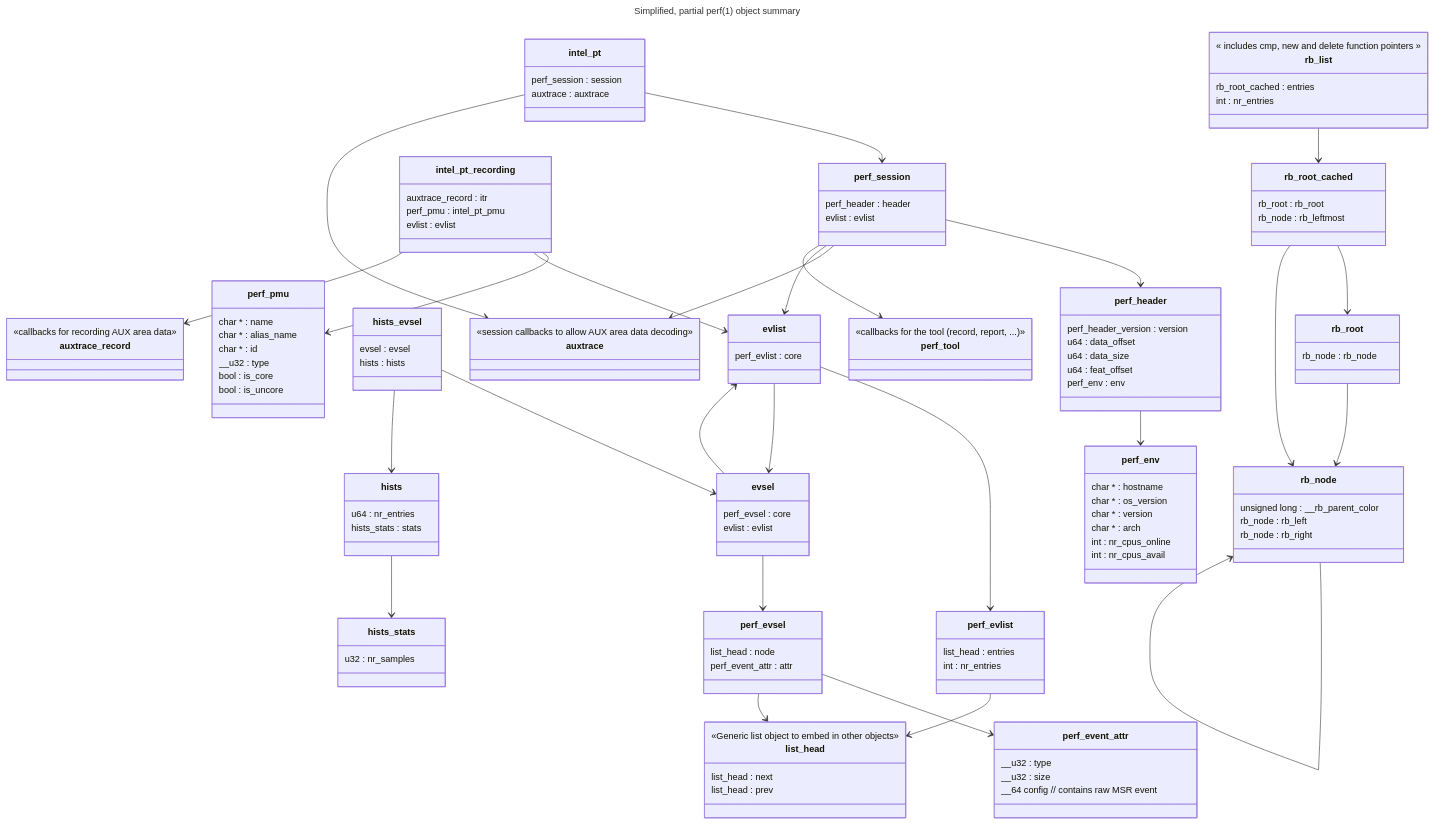
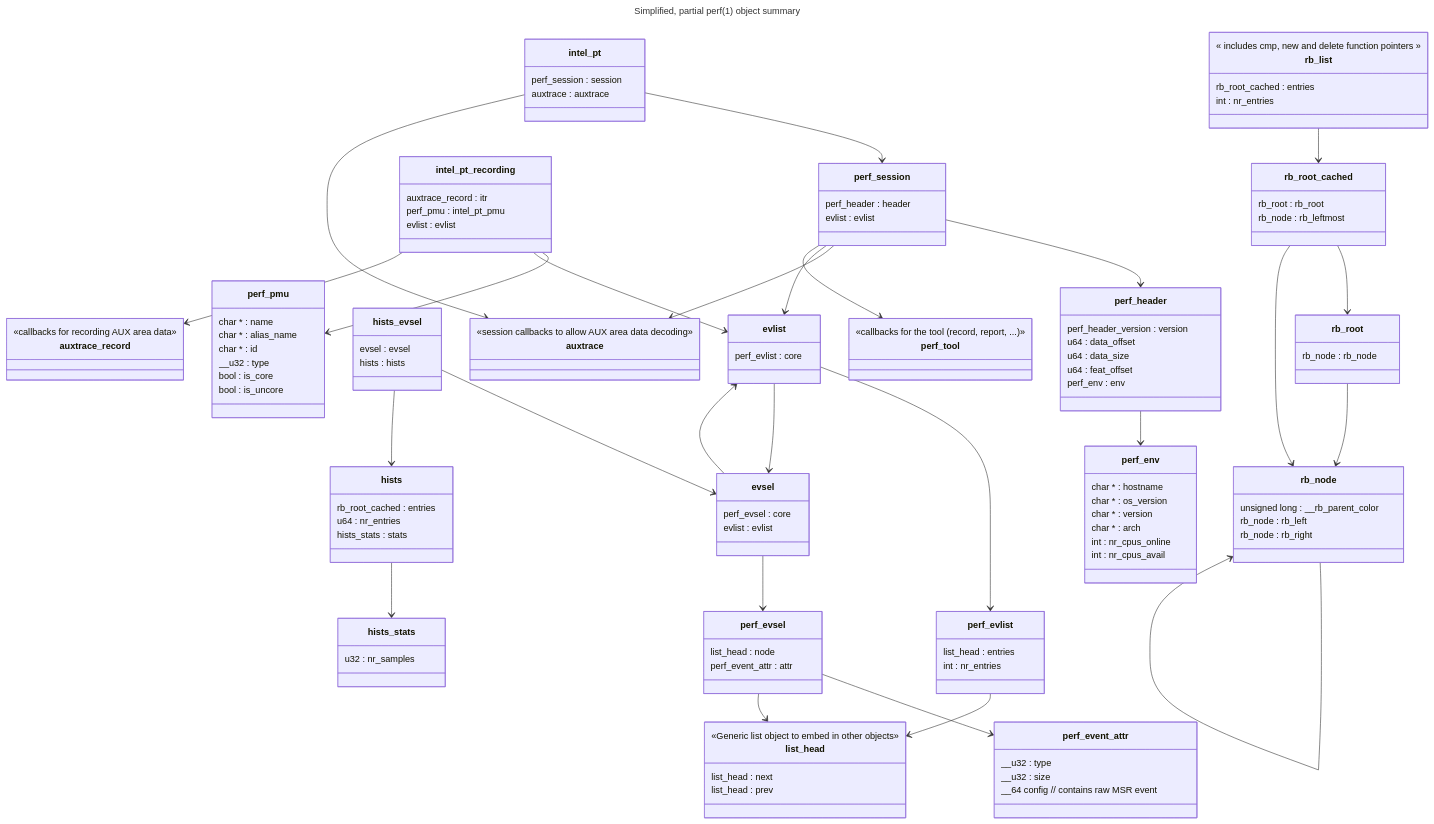
Before and after one commit to jamesodhunt/foo: the diagram in mermaid-classes-2.md, drawn with Mermaid.

```diff
--- a/mermaid-classes-2.md
+++ b/mermaid-classes-2.md
@@ -75,6 +75,7 @@
     }
 
     class hists {
+      rb_root_cached : entries
       u64 : nr_entries
       hists_stats : stats
     }
```
